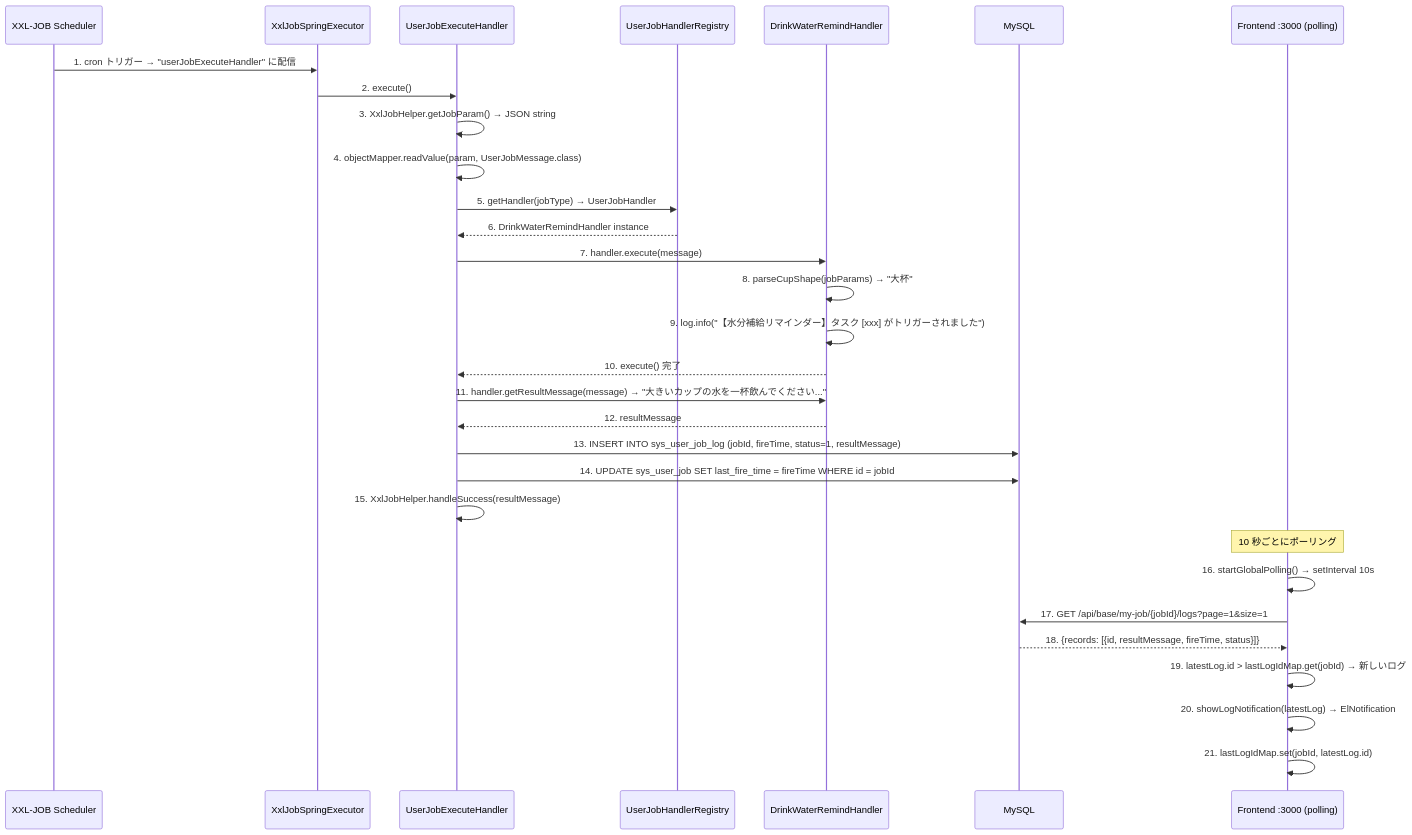
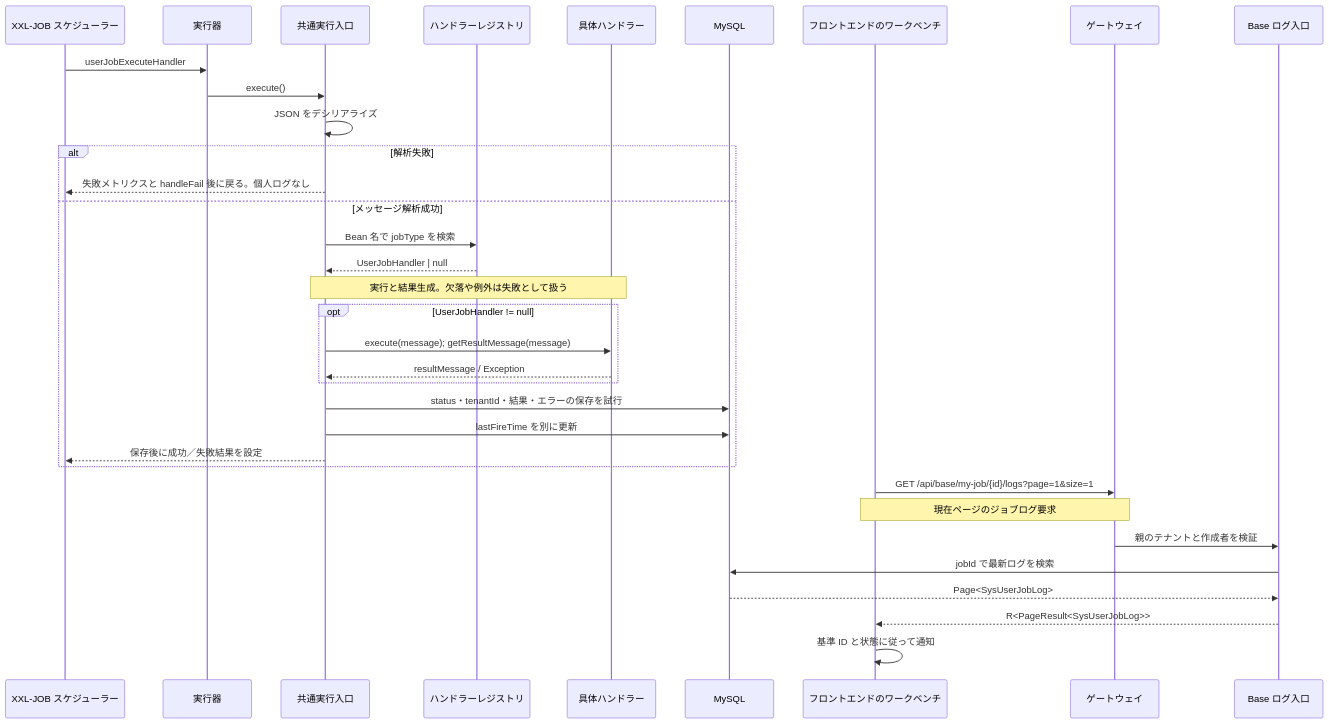
Before and after one commit to wang-baohai/Omni-Stack: diagram 13 of 21 in docs/core-flows.jp.md, drawn with Mermaid. The commit also changed other lines of this file and 1095 other files, not shown here.

````diff
--- a/docs/core-flows.jp.md
+++ b/docs/core-flows.jp.md
@@ -1404,34 +1122,36 @@
 ```mermaid
 sequenceDiagram
-    participant XA as XXL-JOB Scheduler
-    participant XE as XxlJobSpringExecutor
-    participant H as UserJobExecuteHandler
-    participant R as UserJobHandlerRegistry
-    participant DH as DrinkWaterRemindHandler
-    participant M as MySQL
-    participant F as Frontend :3000 (polling)
-
-    XA->>XE: 1. cron トリガー → "userJobExecuteHandler" に配信
-    XE->>H: 2. execute()
-    H->>H: 3. XxlJobHelper.getJobParam() → JSON string
-    H->>H: 4. objectMapper.readValue(param, UserJobMessage.class)
-    H->>R: 5. getHandler(jobType) → UserJobHandler
-    R-->>H: 6. DrinkWaterRemindHandler instance
-    H->>DH: 7. handler.execute(message)
-    DH->>DH: 8. parseCupShape(jobParams) → "大杯"
-    DH->>DH: 9. log.info("【水分補給リマインダー】タスク [xxx] がトリガーされました")
-    DH-->>H: 10. execute() 完了
-    H->>DH: 11. handler.getResultMessage(message) → "大きいカップの水を一杯飲んでください..."
-    DH-->>H: 12. resultMessage
-    H->>M: 13. INSERT INTO sys_user_job_log (jobId, fireTime, status=1, resultMessage)
-    H->>M: 14. UPDATE sys_user_job SET last_fire_time = fireTime WHERE id = jobId
-    H->>H: 15. XxlJobHelper.handleSuccess(resultMessage)
-
-    Note over F: 10 秒ごとにポーリング
-    F->>F: 16. startGlobalPolling() → setInterval 10s
-    F->>M: 17. GET /api/base/my-job/{jobId}/logs?page=1&size=1
-    M-->>F: 18. {records: [{id, resultMessage, fireTime, status}]}
-    F->>F: 19. latestLog.id > lastLogIdMap.get(jobId) → 新しいログ
-    F->>F: 20. showLogNotification(latestLog) → ElNotification
-    F->>F: 21. lastLogIdMap.set(jobId, latestLog.id)
+    participant A as XXL-JOB スケジューラー
+    participant E as 実行器
+    participant H as 共通実行入口
+    participant R as ハンドラーレジストリ
+    participant T as 具体ハンドラー
+    participant D as MySQL
+    participant F as フロントエンドのワークベンチ
+    participant G as ゲートウェイ
+    participant B as Base ログ入口
+    A->>E: userJobExecuteHandler
+    E->>H: execute()
+    H->>H: JSON をデシリアライズ
+    alt 解析失敗
+        H-->>A: 失敗メトリクスと handleFail 後に戻る。個人ログなし
+    else メッセージ解析成功
+        H->>R: Bean 名で jobType を検索
+        R-->>H: UserJobHandler | null
+        Note over H,T: 実行と結果生成。欠落や例外は失敗として扱う
+        opt UserJobHandler != null
+            H->>T: execute(message)#59; getResultMessage(message)
+            T-->>H: resultMessage / Exception
+        end
+        H->>D: status・tenantId・結果・エラーの保存を試行
+        H->>D: lastFireTime を別に更新
+        H-->>A: 保存後に成功／失敗結果を設定
+    end
+    F->>G: GET /api/base/my-job/{id}/logs?page=1&size=1
+    Note over F,G: 現在ページのジョブログ要求
+    G->>B: 親のテナントと作成者を検証
+    B->>D: jobId で最新ログを検索
+    D-->>B: Page<SysUserJobLog>
+    B-->>F: R<PageResult<SysUserJobLog>>
+    F->>F: 基準 ID と状態に従って通知
 ```
````
